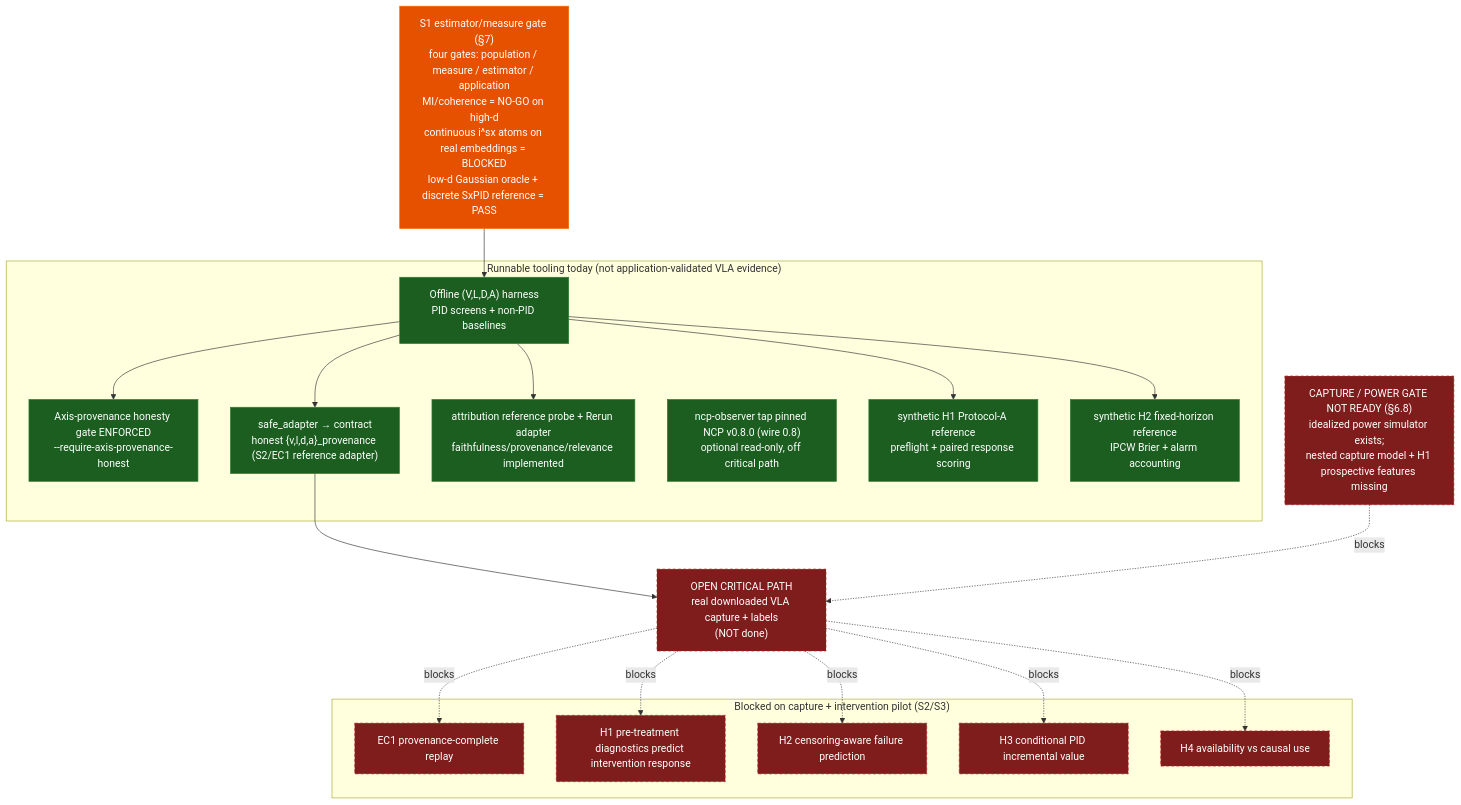
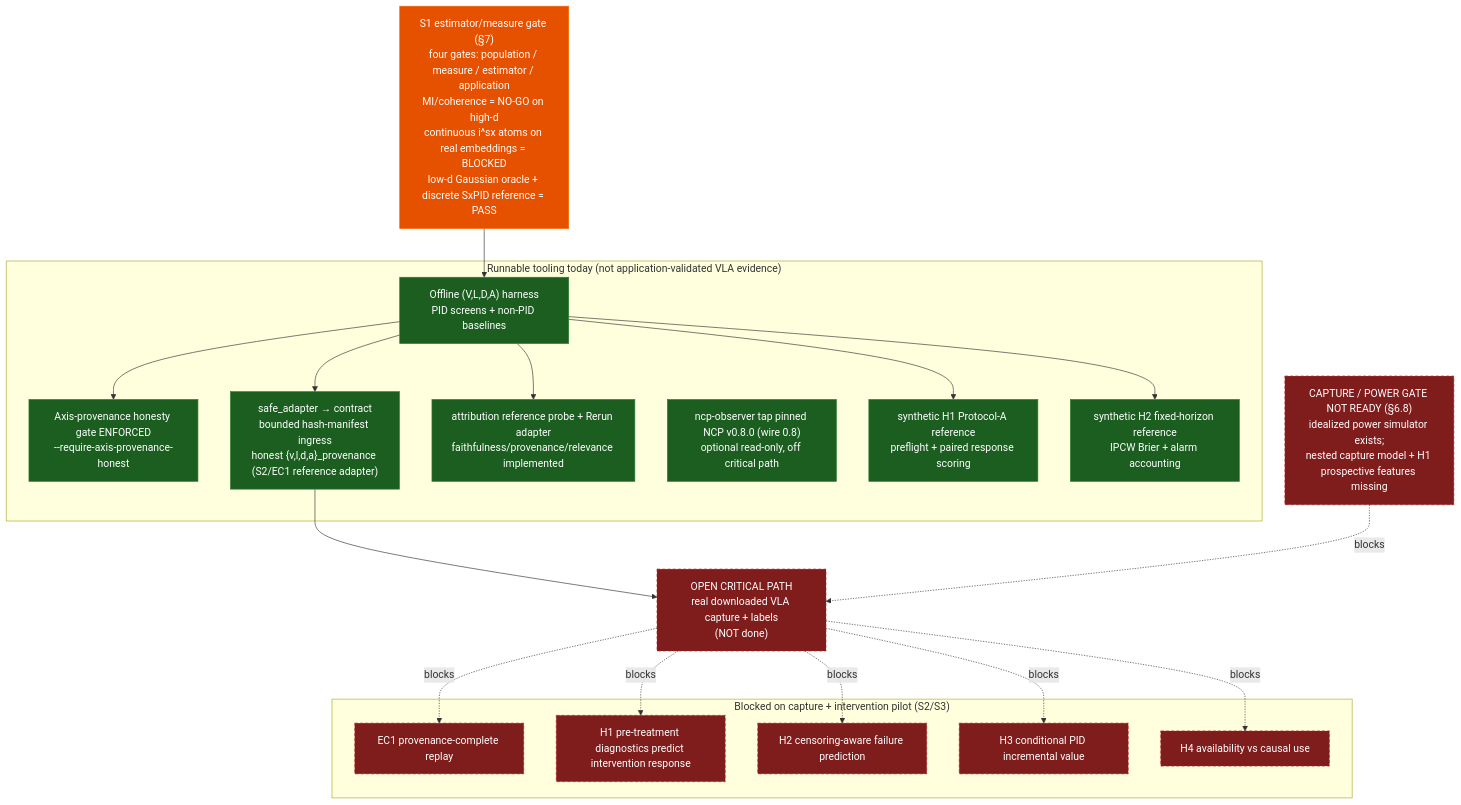
Before and after one commit to sepahead/prisoma: the first of 18 diagrams in DIAGRAMS.md, drawn with Mermaid. The commit also changed 18 other files, not shown here.

Commit message:
feat(adapter): harden SAFE capture ingress

````diff
--- a/DIAGRAMS.md
+++ b/DIAGRAMS.md
@@ -24,38 +24,38 @@
 ```mermaid
 flowchart TD
     classDef run fill:#1b5e20,stroke:#2e7d32,color:#fff;
     classDef gate fill:#e65100,stroke:#ef6c00,color:#fff;
     classDef blocked fill:#7f1d1d,stroke:#b71c1c,color:#fff,stroke-dasharray:5 3;
 
     S1["S1 estimator/measure gate (§7)<br/>four gates: population / measure / estimator / application<br/>MI/coherence = NO-GO on high-d<br/>continuous i^sx atoms on real embeddings = BLOCKED<br/>low-d Gaussian oracle + discrete SxPID reference = PASS"]:::gate
 
     subgraph Today["Runnable tooling today (not application-validated VLA evidence)"]
         Harness["Offline (V,L,D,A) harness<br/>PID screens + non-PID baselines"]:::run
         ProvGate["Axis-provenance honesty gate ENFORCED<br/>--require-axis-provenance-honest"]:::run
-        Adapter["safe_adapter → contract<br/>honest {v,l,d,a}_provenance (S2/EC1 reference adapter)"]:::run
+        Adapter["safe_adapter → contract<br/>bounded hash-manifest ingress<br/>honest {v,l,d,a}_provenance (S2/EC1 reference adapter)"]:::run
         Attr["attribution reference probe + Rerun adapter<br/>faithfulness/provenance/relevance implemented"]:::run
         Obs["ncp-observer tap pinned NCP v0.8.0 (wire 0.8)<br/>optional read-only, off critical path"]:::run
         H1Ref["synthetic H1 Protocol-A reference<br/>preflight + paired response scoring"]:::run
         H2Ref["synthetic H2 fixed-horizon reference<br/>IPCW Brier + alarm accounting"]:::run
     end
 
     Power["CAPTURE / POWER GATE NOT READY (§6.8)<br/>idealized power simulator exists;<br/>nested capture model + H1 prospective features missing"]:::blocked
     Capture["OPEN CRITICAL PATH<br/>real downloaded VLA capture + labels<br/>(NOT done)"]:::blocked
 
     subgraph Blocked["Blocked on capture + intervention pilot (S2/S3)"]
         EC1["EC1 provenance-complete replay"]:::blocked
         H1["H1 pre-treatment diagnostics predict intervention response"]:::blocked
         H2["H2 censoring-aware failure prediction"]:::blocked
         H3["H3 conditional PID incremental value"]:::blocked
         H4["H4 availability vs causal use"]:::blocked
     end
 
     S1 --> Harness
     Harness --> ProvGate
     Harness --> Adapter
     Harness --> Attr
     Harness --> H1Ref & H2Ref
     Adapter --> Capture
     Power -. blocks .-> Capture
     Capture -. blocks .-> EC1 & H1 & H2 & H3 & H4
 ```
````
